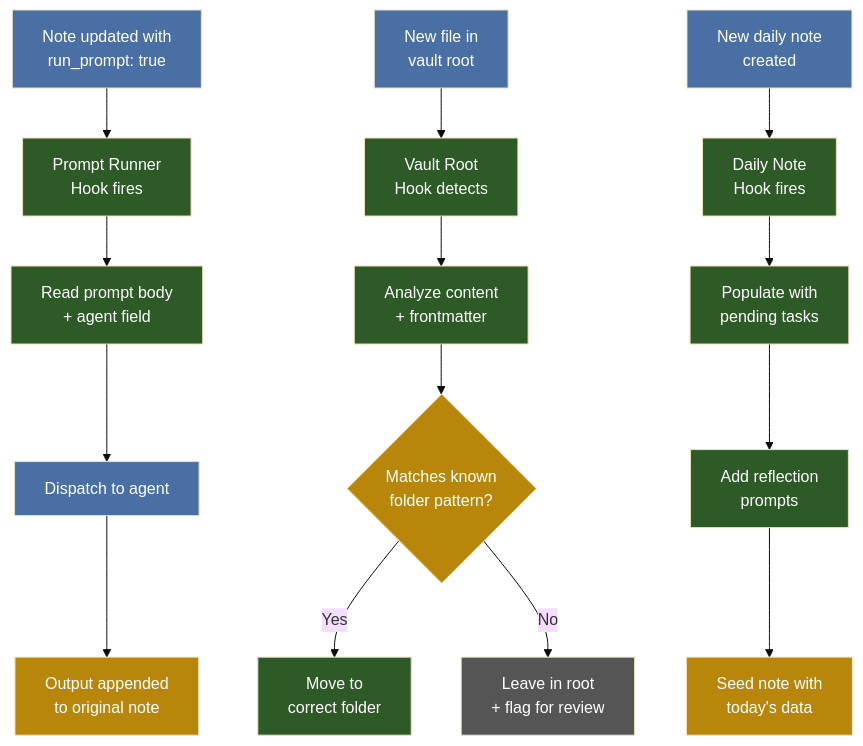
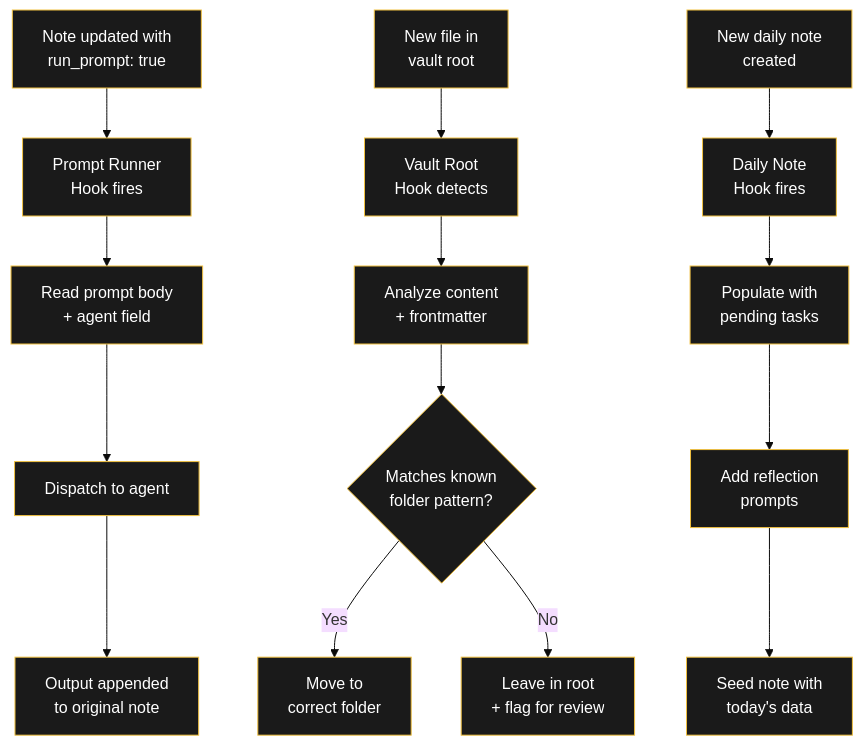
The third of 3 diagrams in content/Projekte/Hook Shop.md (raulmina1/quartz-garden), drawn with Mermaid (base theme) before and after one commit. The commit also changed other lines of this file and 13 other files, not shown here.

Commit message:
all 10 improvements: dark flowcharts, Plausible analytics, favicon, CNAME for domain, OG images already active

````diff
--- a/content/Projekte/Hook Shop.md
+++ b/content/Projekte/Hook Shop.md
@@ -134,35 +134,35 @@
 ```mermaid
 flowchart TD
     A[Note updated with<br/>run_prompt: true] --> B[Prompt Runner<br/>Hook fires]
     B --> C[Read prompt body<br/>+ agent field]
     C --> D[Dispatch to agent]
     D --> E[Output appended<br/>to original note]
     
     F[New file in<br/>vault root] --> G[Vault Root<br/>Hook detects]
     G --> H[Analyze content<br/>+ frontmatter]
     H --> I{Matches known<br/>folder pattern?}
     I -->|Yes| J[Move to<br/>correct folder]
     I -->|No| K[Leave in root<br/>+ flag for review]
     
     L[New daily note<br/>created] --> M[Daily Note<br/>Hook fires]
     M --> N[Populate with<br/>pending tasks]
     N --> O[Add reflection<br/>prompts]
     O --> P[Seed note with<br/>today's data]
     
-    style A fill:#4a6fa5,color:#fff
-    style B fill:#2d5a27,color:#fff
-    style C fill:#2d5a27,color:#fff
-    style D fill:#4a6fa5,color:#fff
-    style E fill:#b8860b,color:#fff
-    style F fill:#4a6fa5,color:#fff
-    style G fill:#2d5a27,color:#fff
-    style H fill:#2d5a27,color:#fff
-    style I fill:#b8860b,color:#fff
-    style J fill:#2d5a27,color:#fff
-    style K fill:#555,color:#fff
-    style L fill:#4a6fa5,color:#fff
-    style M fill:#2d5a27,color:#fff
-    style N fill:#2d5a27,color:#fff
-    style O fill:#2d5a27,color:#fff
-    style P fill:#b8860b,color:#fff
+    style A fill:#1a1a1a,stroke:#f0c040,color:#fff
+    style B fill:#1a1a1a,stroke:#f0c040,color:#fff
+    style C fill:#1a1a1a,stroke:#f0c040,color:#fff
+    style D fill:#1a1a1a,stroke:#f0c040,color:#fff
+    style E fill:#1a1a1a,stroke:#f0c040,color:#fff
+    style F fill:#1a1a1a,stroke:#f0c040,color:#fff
+    style G fill:#1a1a1a,stroke:#f0c040,color:#fff
+    style H fill:#1a1a1a,stroke:#f0c040,color:#fff
+    style I fill:#1a1a1a,stroke:#f0c040,color:#fff
+    style J fill:#1a1a1a,stroke:#f0c040,color:#fff
+    style K fill:#1a1a1a,stroke:#f0c040,color:#fff
+    style L fill:#1a1a1a,stroke:#f0c040,color:#fff
+    style M fill:#1a1a1a,stroke:#f0c040,color:#fff
+    style N fill:#1a1a1a,stroke:#f0c040,color:#fff
+    style O fill:#1a1a1a,stroke:#f0c040,color:#fff
+    style P fill:#1a1a1a,stroke:#f0c040,color:#fff
 ```
````
